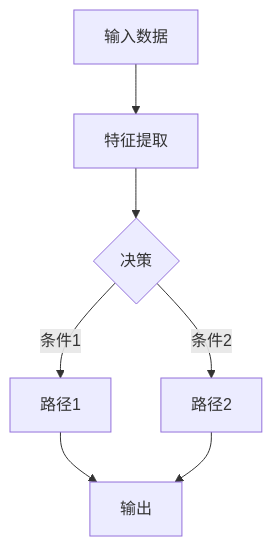
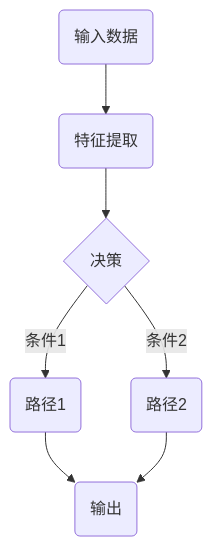
The diagram in src/content/docs/figures/comparison.mdx (yiweinanzi/ai-research-ebook), drawn with Mermaid before and after one commit. The commit also changed 12 other files, not shown here.

First line of the commit message:
fix: Mermaid diagrams - remove Chinese punctuation parsing issues

````diff
--- a/src/content/docs/figures/comparison.mdx
+++ b/src/content/docs/figures/comparison.mdx
@@ -56,9 +56,11 @@
 ```mermaid
 graph TD
-    A[输入数据] --> B[特征提取]
+    A(输入数据) --> B(特征提取)
     B --> C{决策}
-    C -->|条件1| D[路径1]
-    C -->|条件2| E[路径2]
-    D --> F[输出]
+    C -->|条件1| D(路径1)
+    C -->|条件2| E(路径2)
+    D --> F(输出)
     E --> F
+
+
 ```
````
